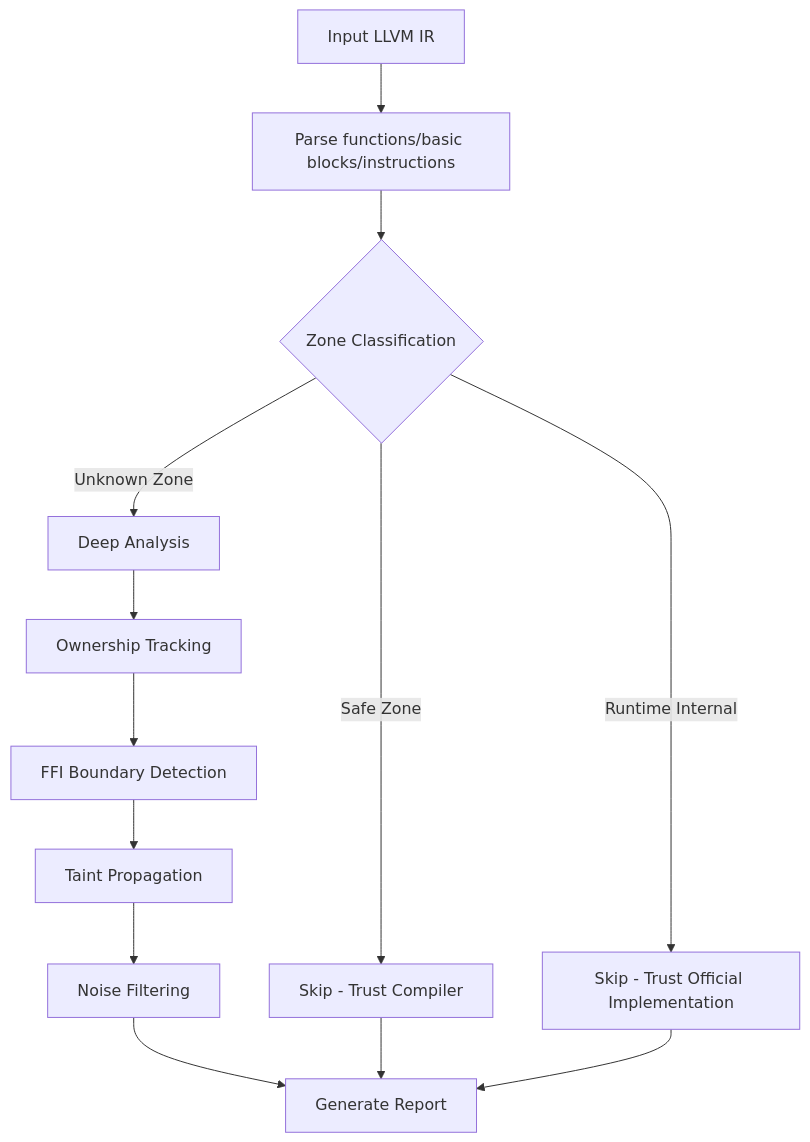
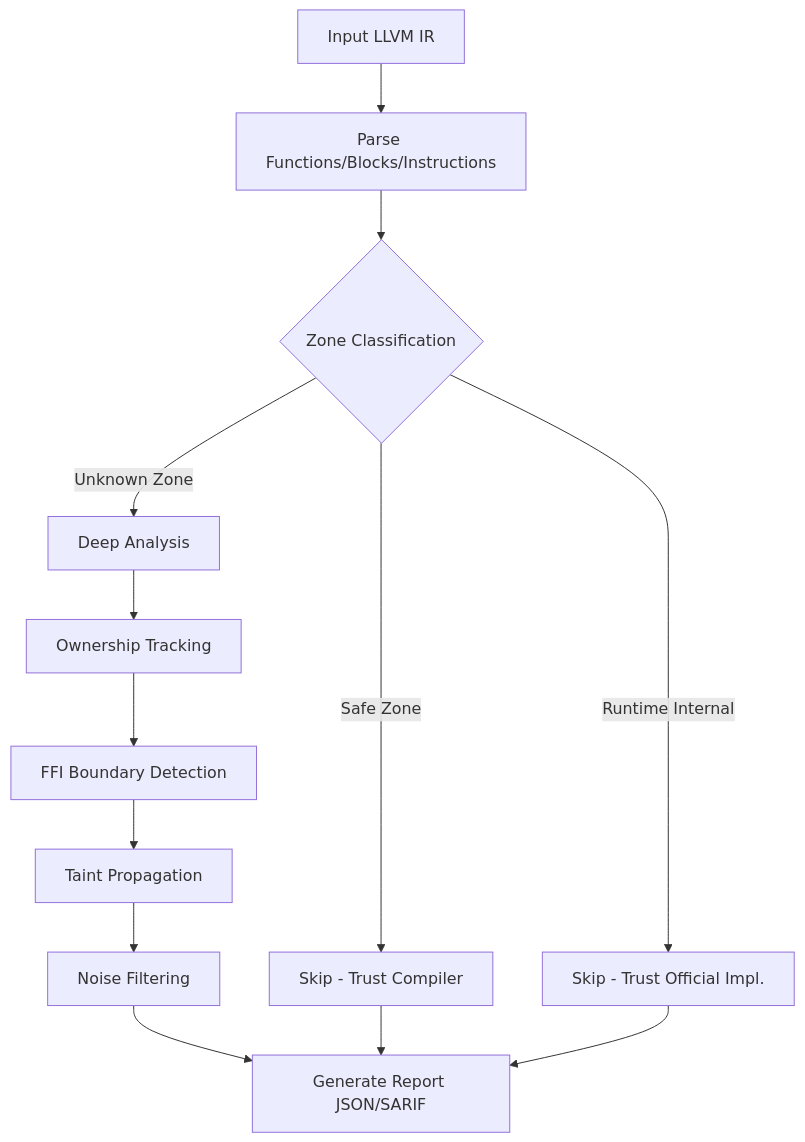
The third of 3 diagrams in README.md (Timwood0x10/OmniScope), drawn with Mermaid before and after one commit. The commit also changed other lines of this file and 7 other files, not shown here.

````diff
--- a/README.md
+++ b/README.md
@@ -146,15 +144,18 @@
 ```mermaid
 flowchart TD
-    Start[Input LLVM IR] --> Parse[Parse functions/basic blocks/instructions]
+    Start[Input LLVM IR] --> Parse[Parse Functions/Blocks/Instructions]
     Parse --> Zone{Zone Classification}
+    
     Zone -->|Safe Zone| Skip1[Skip - Trust Compiler]
-    Zone -->|Runtime Internal| Skip2[Skip - Trust Official Implementation]
+    Zone -->|Runtime Internal| Skip2[Skip - Trust Official Impl.]
     Zone -->|Unknown Zone| Analyze[Deep Analysis]
+    
     Analyze --> Own[Ownership Tracking]
     Own --> FFI[FFI Boundary Detection]
     FFI --> Taint[Taint Propagation]
     Taint --> Filter[Noise Filtering]
-    Filter --> Report[Generate Report]
+    Filter --> Report[Generate Report JSON/SARIF]
+    
     Skip1 --> Report
     Skip2 --> Report
 ```
````
